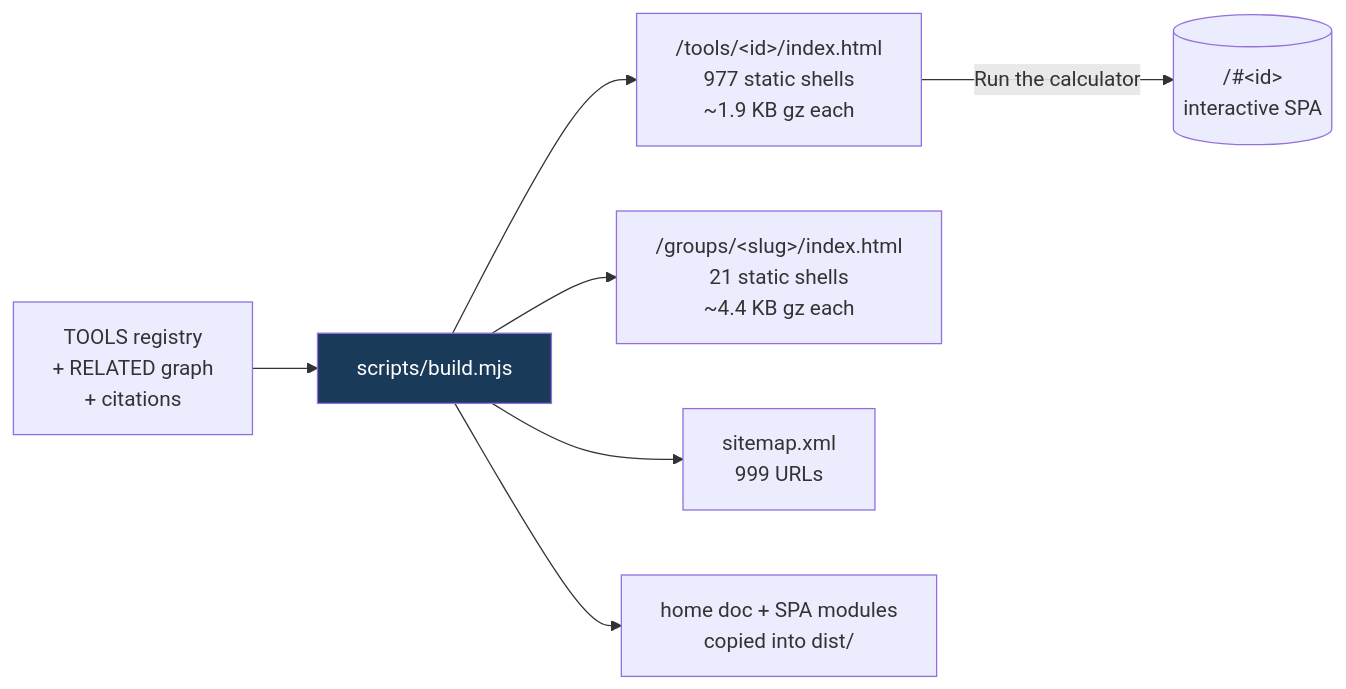
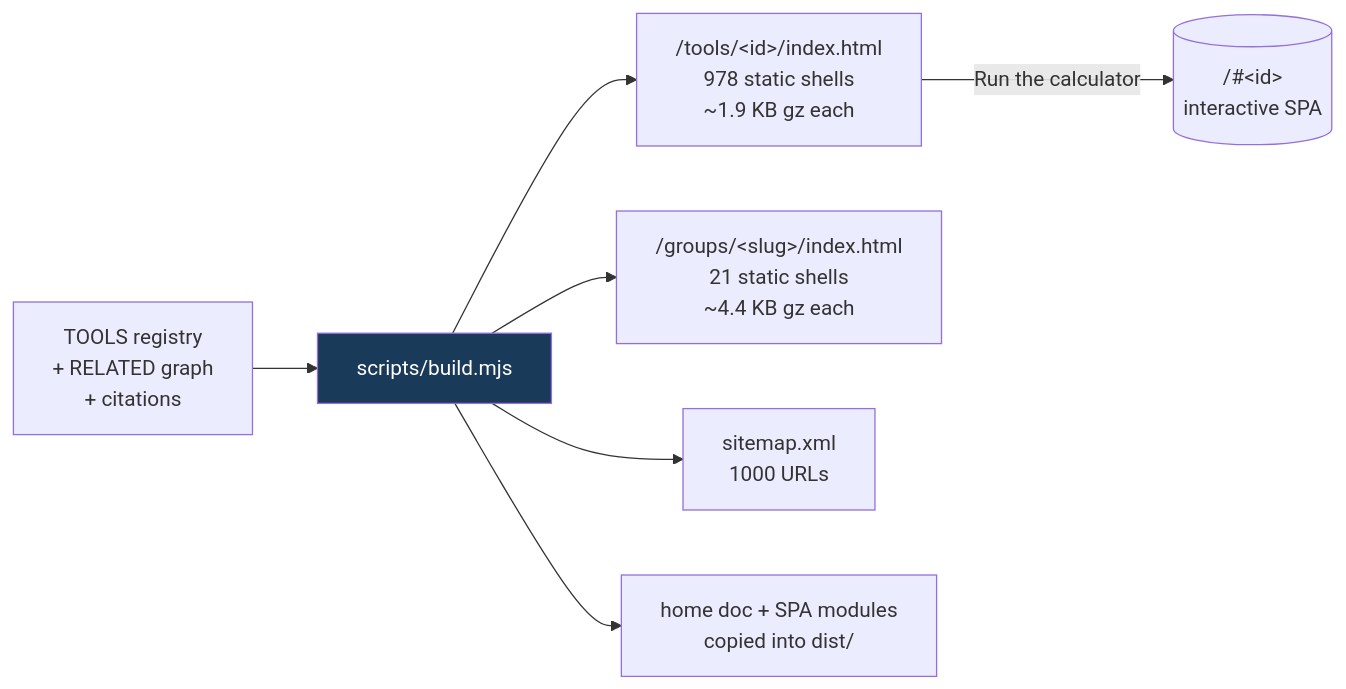
Before and after one commit to clay-good/roughlogic.com: the fifth of 8 diagrams in README.md, drawn with Mermaid. The commit also changed other lines of this file and 14 other files, not shown here.

````diff
--- a/README.md
+++ b/README.md
@@ -495,10 +495,10 @@
 ```mermaid
 flowchart LR
     SRC[TOOLS registry\n+ RELATED graph\n+ citations] --> BUILD[scripts/build.mjs]
-    BUILD --> TILE["/tools/&lt;id&gt;/index.html\n977 static shells\n~1.9 KB gz each"]
+    BUILD --> TILE["/tools/&lt;id&gt;/index.html\n978 static shells\n~1.9 KB gz each"]
     BUILD --> GROUP["/groups/&lt;slug&gt;/index.html\n21 static shells\n~4.4 KB gz each"]
-    BUILD --> MAP["sitemap.xml\n999 URLs"]
+    BUILD --> MAP["sitemap.xml\n1000 URLs"]
     BUILD --> COPY[home doc + SPA modules\ncopied into dist/]
     TILE -->|Run the calculator| SPA[("/#&lt;id&gt;\ninteractive SPA")]
     style BUILD fill:#1a3a5a,color:#fff
 ```
````
